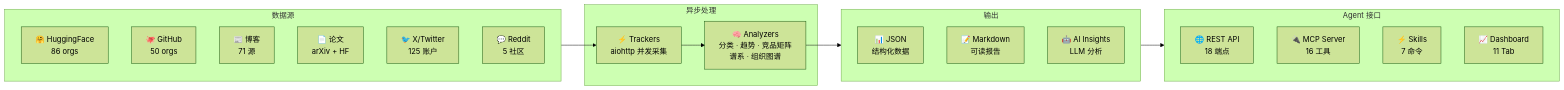
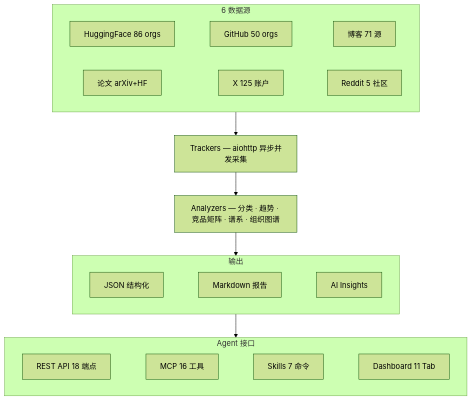
The first of 2 diagrams in README.md (liuxiaotong/ai-dataset-radar), drawn with Mermaid (forest theme) before and after one commit. The commit also changed 1 other file, not shown here.

Commit message:
docs: redesign architecture diagram to TD layout for readability
Mermaid LR layout crammed 4 subgraphs in one row, making text
unreadable on GitHub. Switch to TD (top-down) with simpler labels.

Generated with [Claude Code](https://claude.ai/code)
via [Happy](https://happy.engineering)

````diff
--- a/README.md
+++ b/README.md
@@ -35,31 +35,25 @@
 ```mermaid
-flowchart LR
-    subgraph Sources["数据源"]
-        HF["🤗 HuggingFace<br/>86 orgs"]
-        GH["🐙 GitHub<br/>50 orgs"]
-        BL["📰 博客<br/>71 源"]
-        PA["📄 论文<br/>arXiv + HF"]
-        XR["🐦 X/Twitter<br/>125 账户"]
-        RD["💬 Reddit<br/>5 社区"]
+flowchart TD
+    subgraph S[" 6 数据源"]
+        direction LR
+        S1["HuggingFace 86 orgs"] ~~~ S2["GitHub 50 orgs"] ~~~ S3["博客 71 源"]
+        S4["论文 arXiv+HF"] ~~~ S5["X 125 账户"] ~~~ S6["Reddit 5 社区"]
     end
 
-    subgraph Process["异步处理"]
-        TR["⚡ Trackers<br/>aiohttp 并发采集"]
-        AN["🧠 Analyzers<br/>分类 · 趋势 · 竞品矩阵<br/>谱系 · 组织图谱"]
+    S --> T["Trackers — aiohttp 异步并发采集"]
+    T --> A["Analyzers — 分类 · 趋势 · 竞品矩阵 · 谱系 · 组织图谱"]
+
+    subgraph O[" 输出"]
+        direction LR
+        O1["JSON 结构化"] ~~~ O2["Markdown 报告"] ~~~ O3["AI Insights"]
     end
 
-    subgraph Output["输出"]
-        JS["📊 JSON<br/>结构化数据"]
-        MD["📝 Markdown<br/>可读报告"]
-        AI["🤖 AI Insights<br/>LLM 分析"]
+    A --> O
+
+    subgraph I[" Agent 接口"]
+        direction LR
+        I1["REST API 18 端点"] ~~~ I2["MCP 16 工具"] ~~~ I3["Skills 7 命令"] ~~~ I4["Dashboard 11 Tab"]
     end
 
-    subgraph Agent["Agent 接口"]
-        API["🌐 REST API<br/>18 端点"]
-        MCP["🔌 MCP Server<br/>16 工具"]
-        SK["⚡ Skills<br/>7 命令"]
-        DB["📈 Dashboard<br/>11 Tab"]
-    end
-
-    Sources --> TR --> AN --> Output --> Agent
+    O --> I
 ```
````
